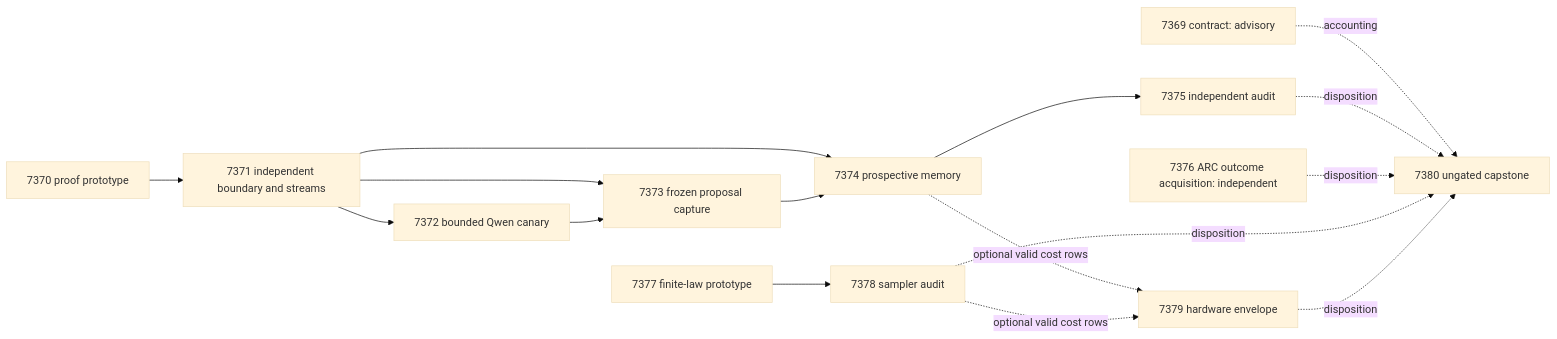
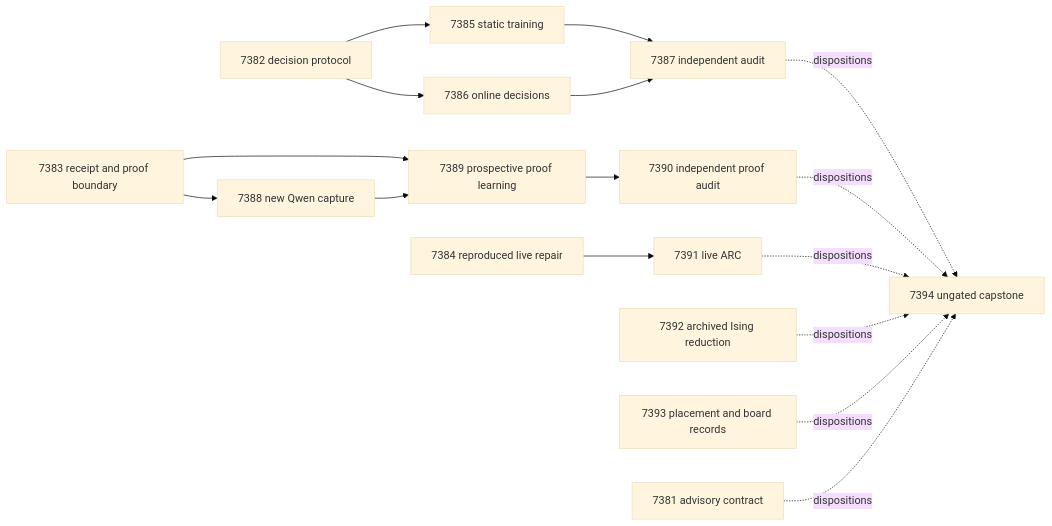
Before and after one commit to Carnot-EBM/carnot-ebm: the second of 2 diagrams in openspec/change-proposals/research-roadmap-vNEXT.md, drawn with Mermaid (base theme). The commit also changed other lines of this file and 16 other files, not shown here.

````diff
--- a/openspec/change-proposals/research-roadmap-vNEXT.md
+++ b/openspec/change-proposals/research-roadmap-vNEXT.md
@@ -217,20 +298,21 @@
 ```mermaid
 flowchart LR
-    C[7369 contract: advisory]
-    P[7370 proof prototype] --> B[7371 independent boundary and streams]
-    B --> Q[7372 bounded Qwen canary]
-    B --> R[7373 frozen proposal capture]
-    Q --> R
-    B --> L[7374 prospective memory]
-    R --> L
-    L --> A[7375 independent audit]
-    O[7376 ARC outcome acquisition: independent]
-    E[7377 finite-law prototype] --> I[7378 sampler audit]
-    L -. optional valid cost rows .-> H[7379 hardware envelope]
-    I -. optional valid cost rows .-> H
-    C -. accounting .-> F[7380 ungated capstone]
-    A -. disposition .-> F
-    O -. disposition .-> F
-    I -. disposition .-> F
-    H -. disposition .-> F
+    E7381[7381 advisory contract]
+    E7382[7382 decision protocol] --> E7385[7385 static training]
+    E7382 --> E7386[7386 online decisions]
+    E7385 --> E7387[7387 independent audit]
+    E7386 --> E7387
+    E7383[7383 receipt and proof boundary] --> E7388[7388 new Qwen capture]
+    E7383 --> E7389[7389 prospective proof learning]
+    E7388 --> E7389
+    E7389 --> E7390[7390 independent proof audit]
+    E7384[7384 reproduced live repair] --> E7391[7391 live ARC]
+    E7392[7392 archived Ising reduction]
+    E7393[7393 placement and board records]
+    E7387 -. dispositions .-> E7394[7394 ungated capstone]
+    E7390 -. dispositions .-> E7394
+    E7391 -. dispositions .-> E7394
+    E7392 -. dispositions .-> E7394
+    E7393 -. dispositions .-> E7394
+    E7381 -. dispositions .-> E7394
 ```
````
